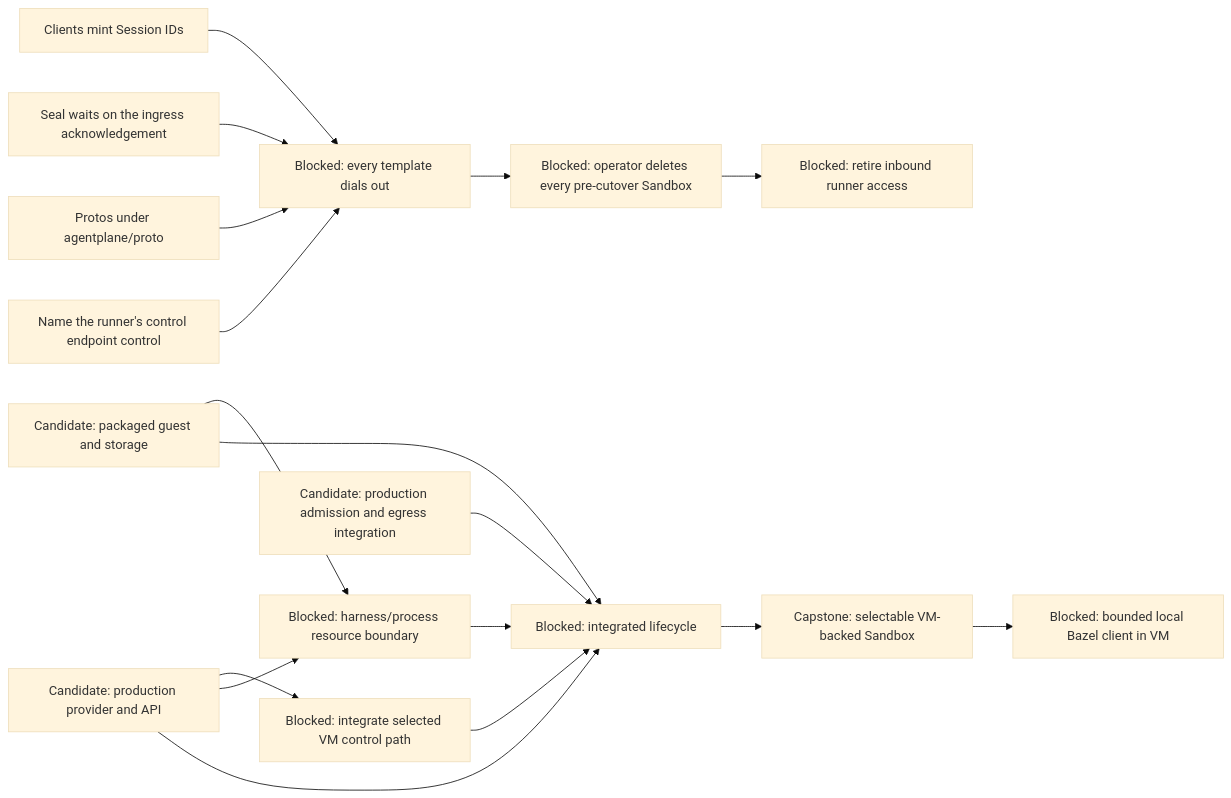
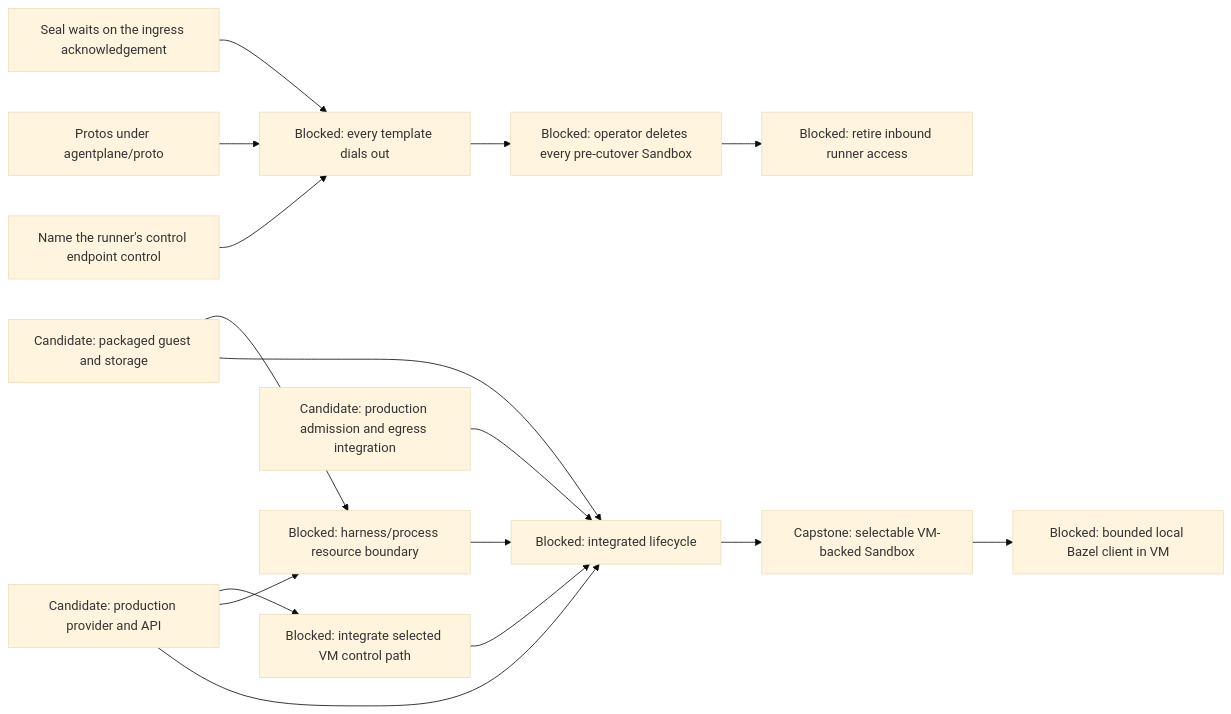
The sixth of 12 diagrams in agentplane/plans/task_dag.md (agentydragon-agent/ducktape), drawn with Mermaid (base theme) before and after one commit. The commit also changed other lines of this file and 26 other files, not shown here.

First line of the commit message:
agentplane: clients mint Session IDs (CLIENT_SESSION_IDS) (#9871)

````diff
--- a/agentplane/plans/task_dag.md
+++ b/agentplane/plans/task_dag.md
@@ -325,26 +325,25 @@
 ```mermaid
 flowchart LR
     RUNNER_OUTBOUND_ROLLOUT[Blocked: every template dials out]
     VM_CONTROL_NETWORKING[Blocked: integrate selected VM control path]
     VM_IMAGE[Candidate: packaged guest and storage]
     VM_PROVIDER[Candidate: production provider and API]
     VM_EGRESS[Candidate: production admission and egress integration]
     VM_PROCESS_ISOLATION[Blocked: harness/process resource boundary]
     VM_LIFECYCLE[Blocked: integrated lifecycle]
-    CLIENT_SESSION_IDS[Clients mint Session IDs] --> RUNNER_OUTBOUND_ROLLOUT
     SEAL_ON_INGRESS_ACK[Seal waits on the ingress acknowledgement] --> RUNNER_OUTBOUND_ROLLOUT
     PROTO_DIRECTORY[Protos under agentplane/proto] --> RUNNER_OUTBOUND_ROLLOUT
     RUNNER_CONTROL_RENAME[Name the runner's control endpoint control] --> RUNNER_OUTBOUND_ROLLOUT
     RUNNER_OUTBOUND_ROLLOUT --> LEGACY_SANDBOX_RETIRE[Blocked: operator deletes every pre-cutover Sandbox]
     LEGACY_SANDBOX_RETIRE --> RUNNER_INBOUND_RETIRE[Blocked: retire inbound runner access]
     VM_PROVIDER --> VM_CONTROL_NETWORKING
     VM_CONTROL_NETWORKING --> VM_LIFECYCLE
     VM_IMAGE --> VM_PROCESS_ISOLATION
     VM_PROVIDER --> VM_PROCESS_ISOLATION
     VM_IMAGE --> VM_LIFECYCLE
     VM_PROVIDER --> VM_LIFECYCLE
     VM_EGRESS --> VM_LIFECYCLE
     VM_PROCESS_ISOLATION --> VM_LIFECYCLE
     VM_LIFECYCLE --> SANDBOX_VM_ISOLATION[Capstone: selectable VM-backed Sandbox]
     SANDBOX_VM_ISOLATION --> LOCAL_BAZEL[Blocked: bounded local Bazel client in VM]
 ```
````
